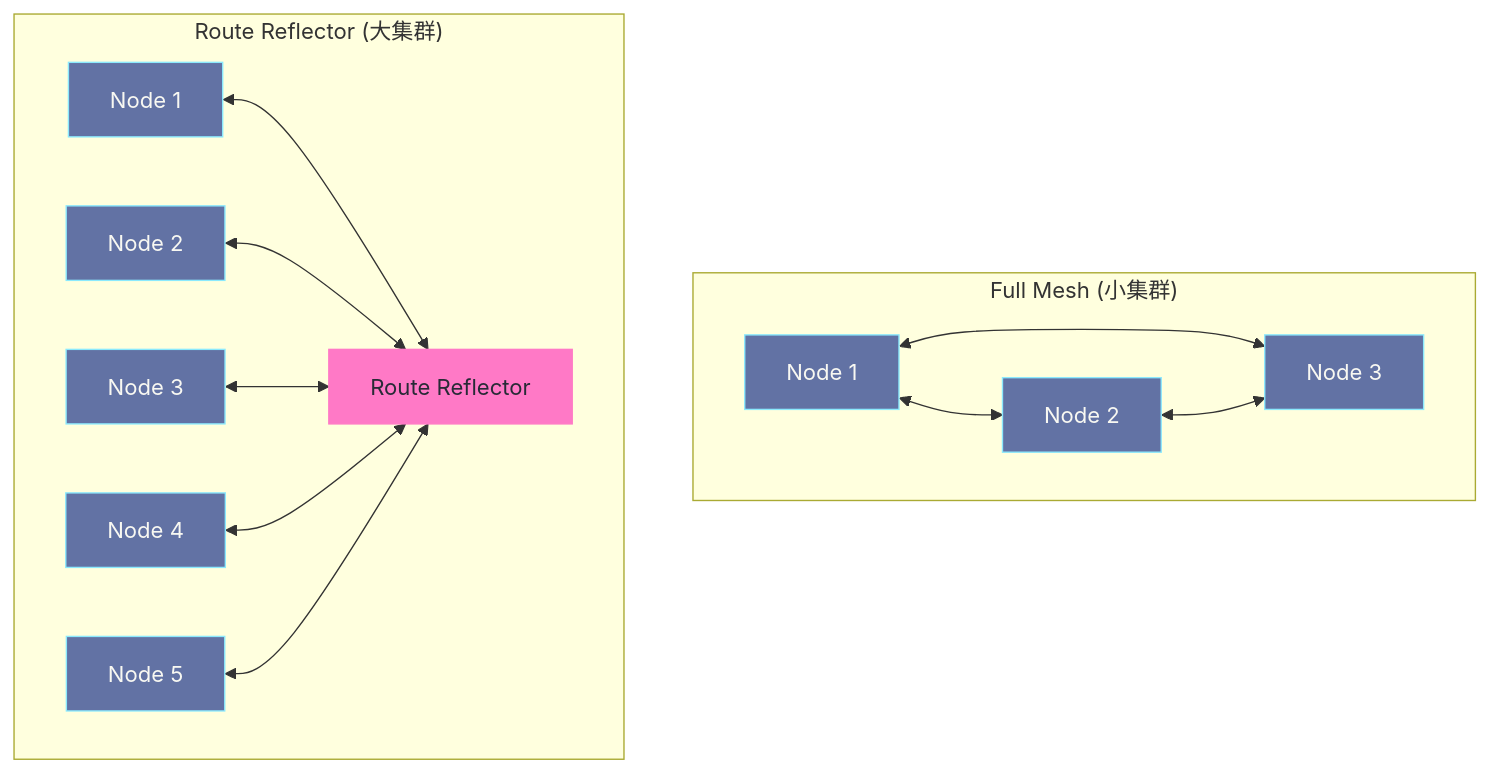
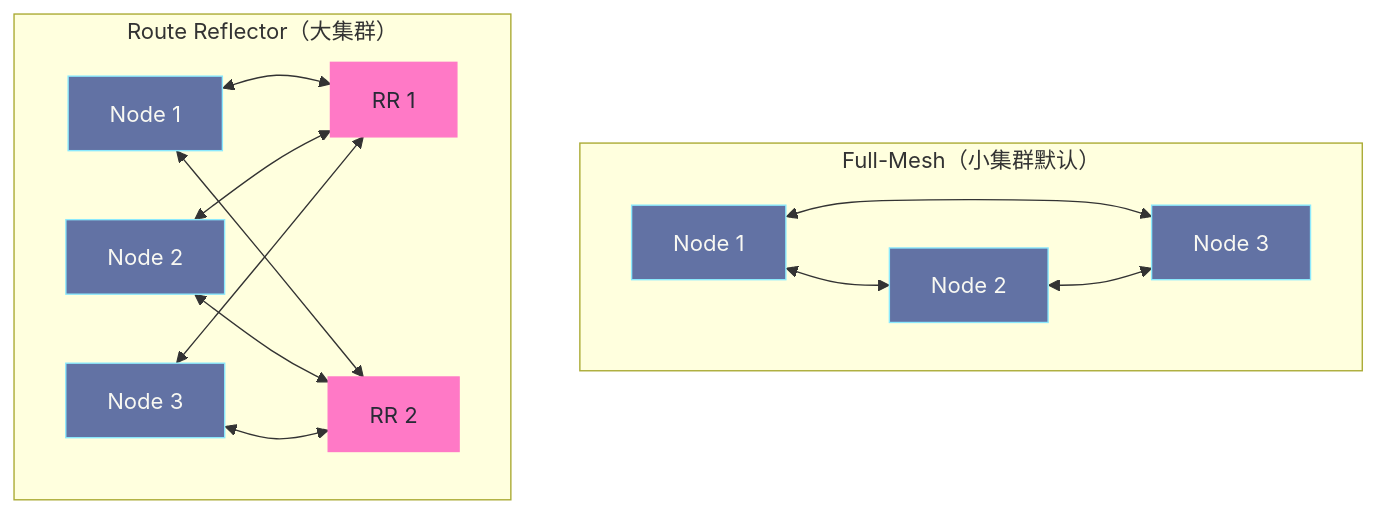
Before and after one commit to hpliStartAgain/my-brain: the second of 3 diagrams in content/云原生/Kubernetes/kubernetes网络原理与插件/04 Calico深度解析——BGP路由、eBPF数据面与网络策略.md, drawn with Mermaid. The commit also changed other lines of this file and 29 other files, not shown here.

````diff
--- a/content/云原生/Kubernetes/kubernetes网络原理与插件/04 Calico深度解析——BGP路由、eBPF数据面与网络策略.md
+++ b/content/云原生/Kubernetes/kubernetes网络原理与插件/04 Calico深度解析——BGP路由、eBPF数据面与网络策略.md
@@ -148,24 +187,26 @@
 ```mermaid
 %%{init: {'theme': 'dracula'}}%%
 graph TD
     classDef rr fill:#ff79c6,stroke:#ff79c6,color:#282a36
     classDef node fill:#6272a4,stroke:#8be9fd,color:#f8f8f2
 
-    subgraph "Full Mesh (小集群)"
+    subgraph "Full-Mesh（小集群默认）"
         N1A["Node 1"] <--> N2A["Node 2"]
         N1A <--> N3A["Node 3"]
         N2A <--> N3A
     end
 
-    subgraph "Route Reflector (大集群)"
-        RR["Route Reflector"]
-        N1B["Node 1"] <--> RR
-        N2B["Node 2"] <--> RR
-        N3B["Node 3"] <--> RR
-        N4B["Node 4"] <--> RR
-        N5B["Node 5"] <--> RR
+    subgraph "Route Reflector（大集群）"
+        RR1["RR 1"] 
+        RR2["RR 2"]
+        N1B["Node 1"] <--> RR1
+        N1B <--> RR2
+        N2B["Node 2"] <--> RR1
+        N2B <--> RR2
+        N3B["Node 3"] <--> RR1
+        N3B <--> RR2
     end
 
-    class RR rr
-    class N1A,N2A,N3A,N1B,N2B,N3B,N4B,N5B node
+    class RR1,RR2 rr
+    class N1A,N2A,N3A,N1B,N2B,N3B node
 ```
````
